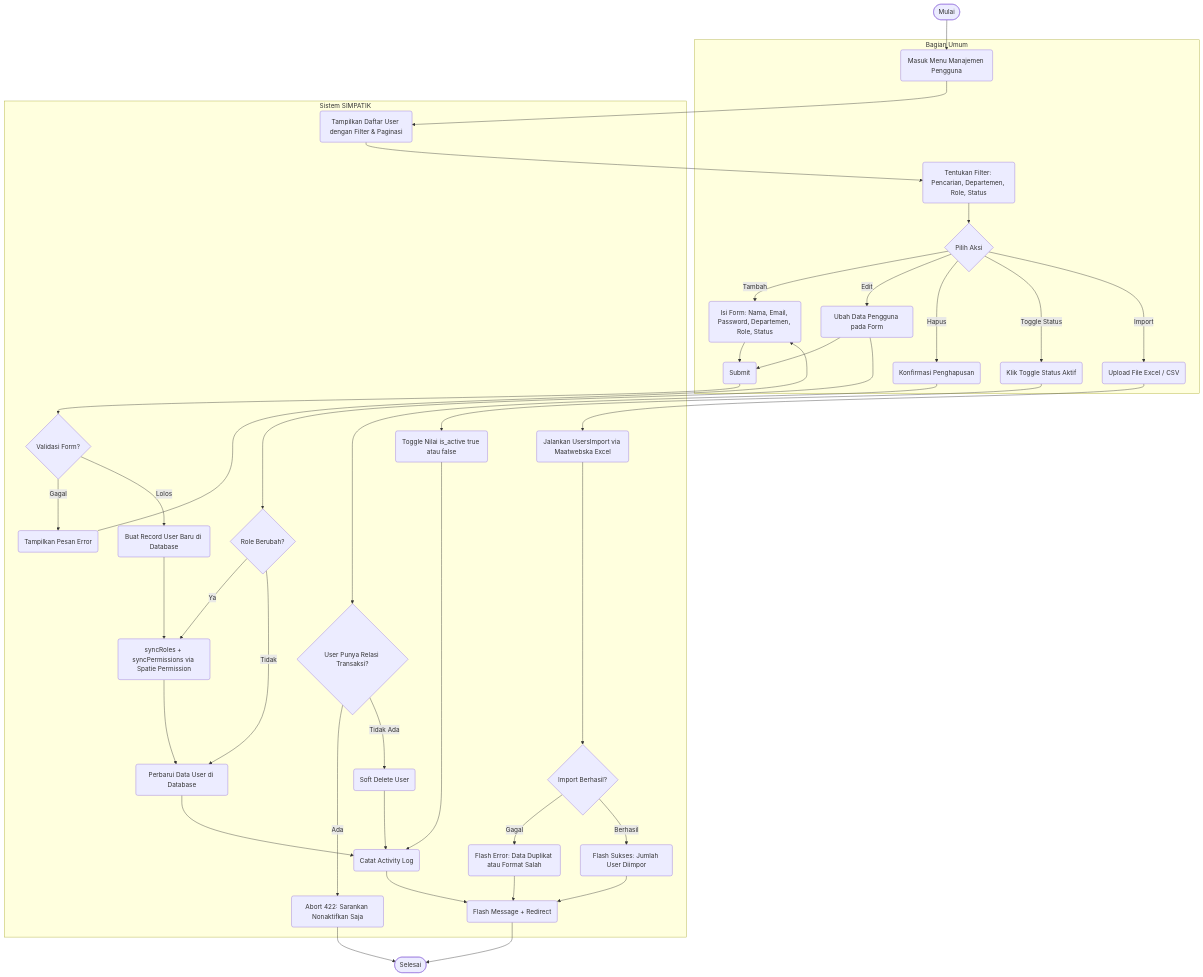
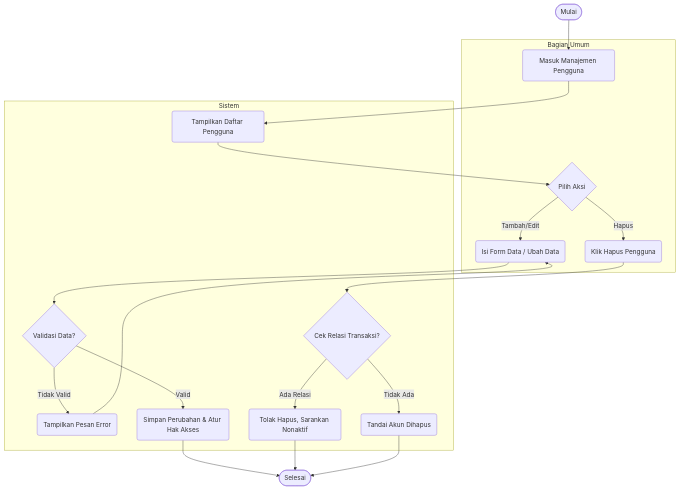
One commit to wahyu2021/SIMPATIK changed the fourth of 14 diagrams in laporan_activity_diagram.md. Above: the diagram before and after it, drawn with Mermaid. The commit also changed other lines of this file and 34 other files, not shown here.

Commit message:
Menyempurnakan logika seeder (User, Master Barang, dan Transaksi) agar lebih realistis

````diff
--- a/laporan_activity_diagram.md
+++ b/laporan_activity_diagram.md
@@ -186,70 +153,41 @@
 ```mermaid
 flowchart TD
     Start([Mulai])
     End([Selesai])
 
     subgraph BagianUmum [Bagian Umum]
-        A(Masuk Menu Manajemen Pengguna)
-        B(Tentukan Filter: Pencarian, Departemen, Role, Status)
-        C{Pilih Aksi}
-        D(Isi Form: Nama, Email, Password, Departemen, Role, Status)
-        E(Ubah Data Pengguna pada Form)
-        F(Konfirmasi Penghapusan)
-        G(Klik Toggle Status Aktif)
-        H(Upload File Excel / CSV)
-        I(Submit)
+        A(Masuk Manajemen Pengguna)
+        B{Pilih Aksi}
+        C(Isi Form Data / Ubah Data)
+        D(Klik Hapus Pengguna)
     end
 
-    subgraph Sistem [Sistem SIMPATIK]
-        J(Tampilkan Daftar User dengan Filter & Paginasi)
-        K{Validasi Form?}
-        L(Tampilkan Pesan Error)
-        M(Buat Record User Baru di Database)
-        N{Role Berubah?}
-        O(syncRoles + syncPermissions via Spatie Permission)
-        P(Perbarui Data User di Database)
-        Q{User Punya Relasi Transaksi?}
-        R(Abort 422: Sarankan Nonaktifkan Saja)
-        S(Soft Delete User)
-        T(Toggle Nilai is_active true atau false)
-        U(Jalankan UsersImport via Maatwebska Excel)
-        V{Import Berhasil?}
-        W(Flash Error: Data Duplikat atau Format Salah)
-        X(Flash Sukses: Jumlah User Diimpor)
-        Y(Catat Activity Log)
-        Z(Flash Message + Redirect)
+    subgraph Sistem
+        E(Tampilkan Daftar Pengguna)
+        F{Validasi Data?}
+        G(Tampilkan Pesan Error)
+        H(Simpan Perubahan & Atur Hak Akses)
+        I{Cek Relasi Transaksi?}
+        J(Tolak Hapus, Sarankan Nonaktif)
+        K(Tandai Akun Dihapus)
     end
 
     Start --> A
-    A --> J
-    J --> B
-    B --> C
+    A --> E
+    E --> B
 
-    C -- Tambah --> D --> I
-    C -- Edit --> E --> I
-    I --> K
-    K -- Gagal --> L --> D
-    K -- Lolos --> M
-    M --> O
-    E --> N
-    N -- Ya --> O
-    N -- Tidak --> P
-    O --> P --> Y
-
-    C -- Hapus --> F
-    F --> Q
-    Q -- Ada --> R --> End
-    Q -- Tidak Ada --> S --> Y
-
-    C -- Toggle Status --> G
-    G --> T --> Y
-
-    C -- Import --> H
-    H --> U
-    U --> V
-    V -- Gagal --> W --> Z
-    V -- Berhasil --> X --> Z
-
-    Y --> Z
-    Z --> End
+    B -- Tambah/Edit --> C
+    C --> F
+    F -- Tidak Valid --> G
+    G --> C
+    F -- Valid --> H
+    H --> End
+    
+    B -- Hapus --> D
+    D --> I
+    I -- Ada Relasi --> J
+    I -- Tidak Ada --> K
+    
+    J --> End
+    K --> End
 ```
````
